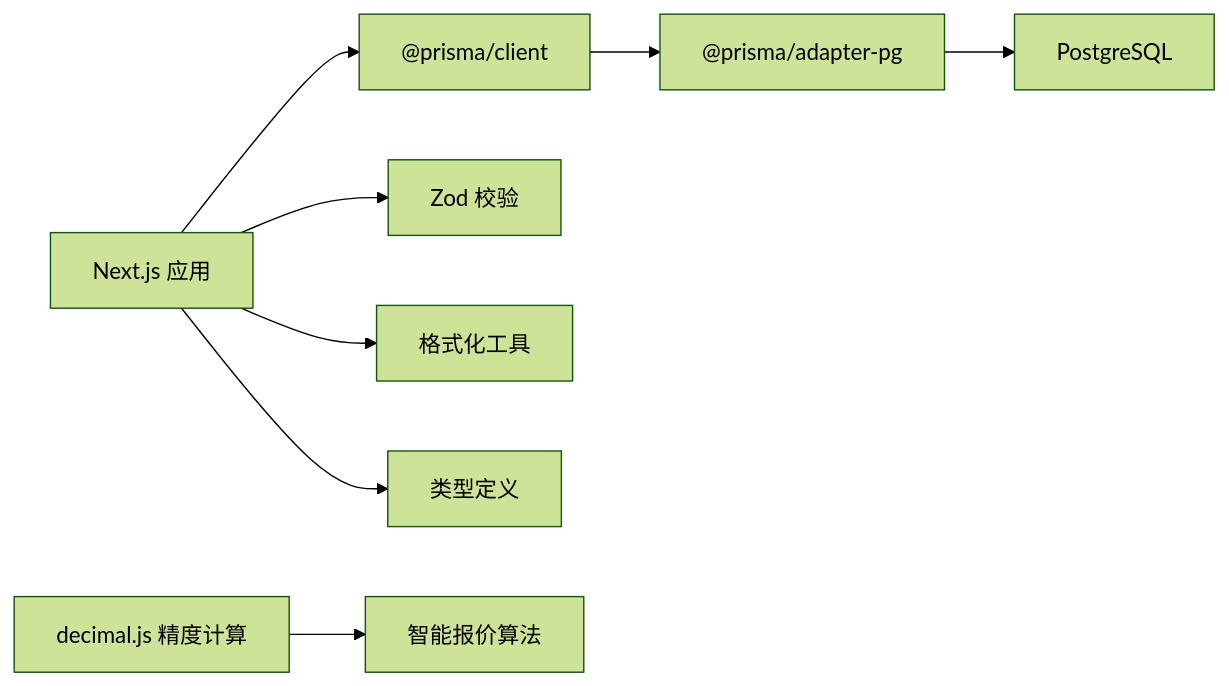
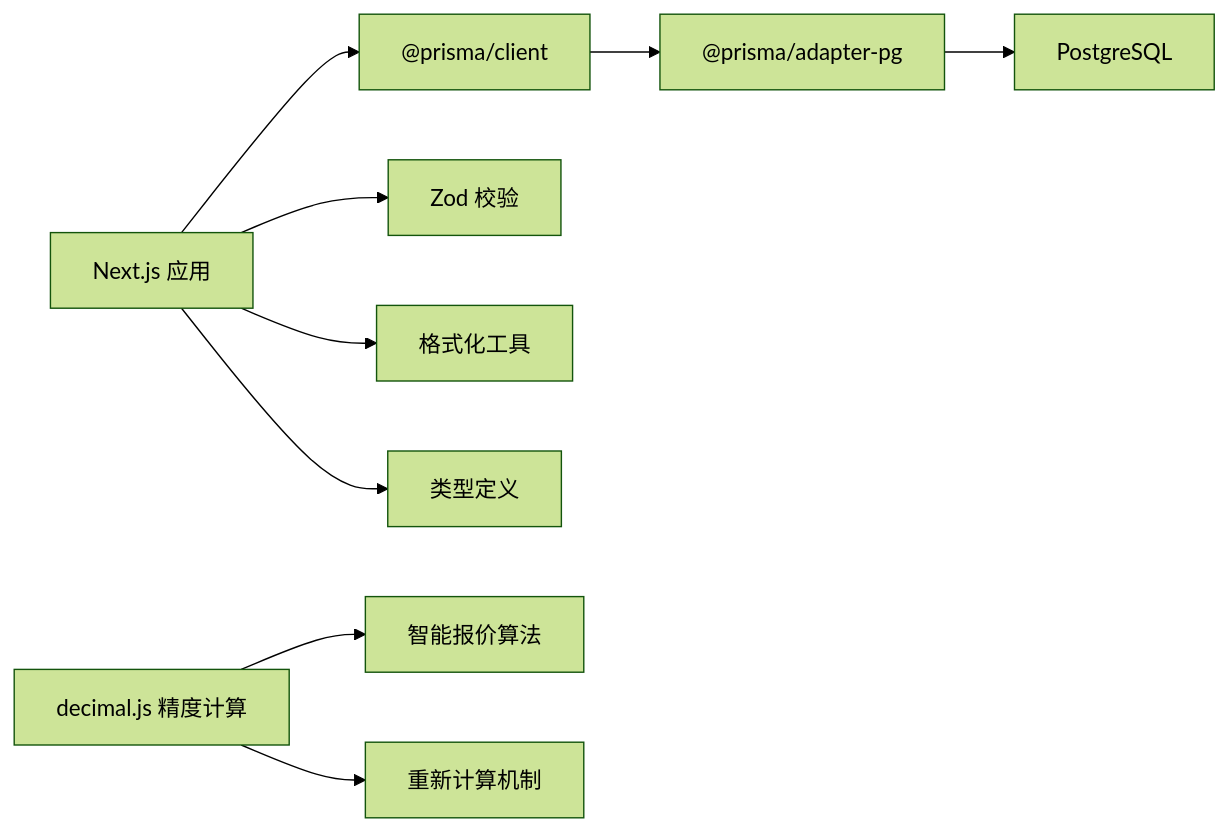
One commit to three3638-arch/celestia_2b changed the tenth of 10 diagrams in .qoder/repowiki/zh/content/管理后台系统/订单管理系统.md. Above: the diagram before and after it, drawn with Mermaid (forest theme). The commit also changed other lines of this file and 5 other files, not shown here.

````diff
--- a/.qoder/repowiki/zh/content/管理后台系统/订单管理系统.md
+++ b/.qoder/repowiki/zh/content/管理后台系统/订单管理系统.md
@@ -366,19 +396,21 @@
 ```mermaid
 graph LR
 NEXT["Next.js 应用"]
 PRISMA["@prisma/client"]
 ADAPTER["@prisma/adapter-pg"]
 PG["PostgreSQL"]
 ZOD["Zod 校验"]
 UTILS["格式化工具"]
 TYPES["类型定义"]
 DECIMAL["decimal.js 精度计算"]
 QUOTE["智能报价算法"]
+RECOMPUTE["重新计算机制"]
 NEXT --> PRISMA
 PRISMA --> ADAPTER
 ADAPTER --> PG
 NEXT --> ZOD
 NEXT --> UTILS
 NEXT --> TYPES
 DECIMAL --> QUOTE
+DECIMAL --> RECOMPUTE
 ```
````
